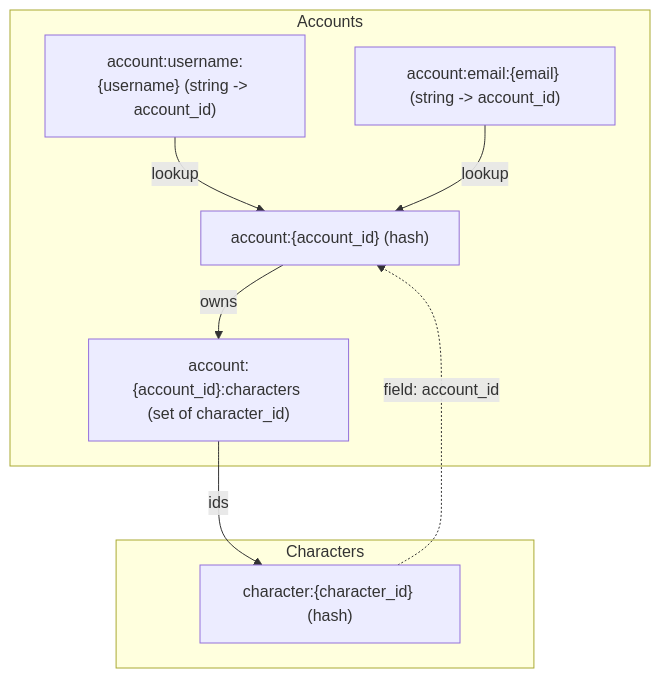
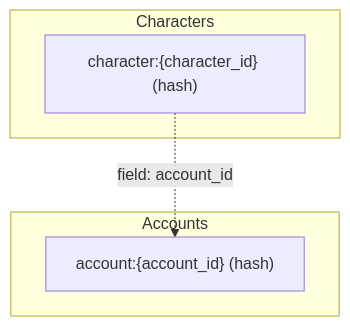
Before and after one commit to engineerjames/men-among-gods-reforged: the first of 3 diagrams in api/README.md, drawn with Mermaid. The commit also changed other lines of this file and 3 other files, not shown here.

````diff
--- a/api/README.md
+++ b/api/README.md
@@ -39,20 +39,12 @@
 ```mermaid
 flowchart TB
     subgraph Accounts
         A_HASH["account:{account_id} (hash)"]
-        A_USER["account:username:{username} (string -> account_id)"]
-        A_EMAIL["account:email:{email} (string -> account_id)"]
-        A_CHARS["account:{account_id}:characters (set of character_id)"]
     end
 
     subgraph Characters
         C_HASH["character:{character_id} (hash)"]
     end
 
-    A_USER -->|lookup| A_HASH
-    A_EMAIL -->|lookup| A_HASH
-
-    A_HASH -->|owns| A_CHARS
-    A_CHARS -->|ids| C_HASH
     C_HASH -. "field: account_id" .-> A_HASH
 ```
````
